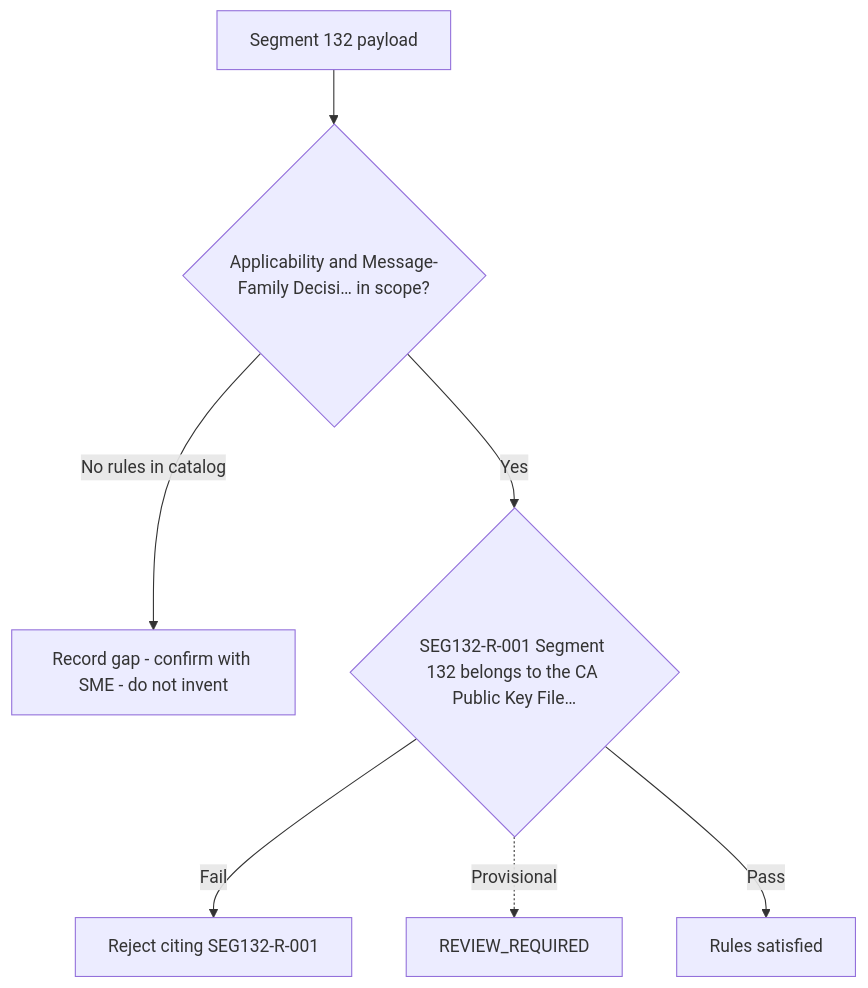
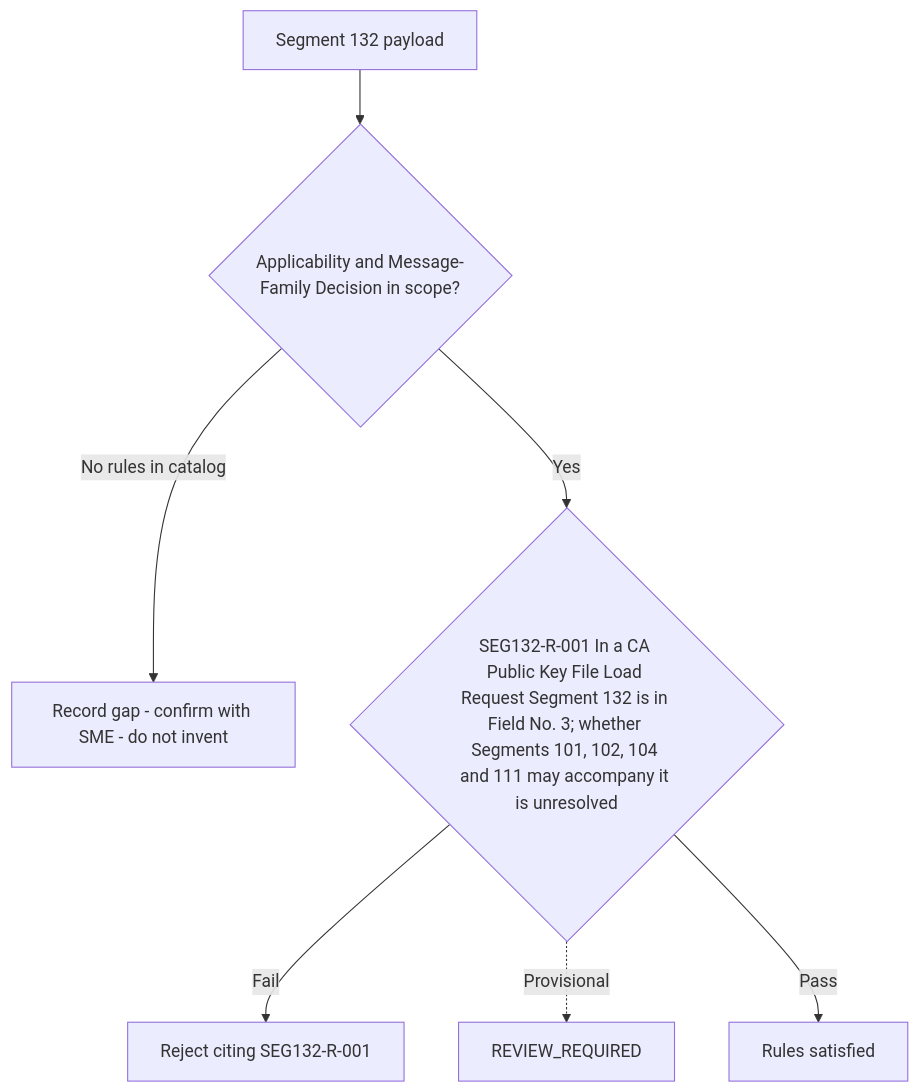
Before and after one commit to DhanSingh-hub/core-auth-ai-validation-framework: the diagram in regression-artifact-validator/specifications/ATL105/docs/specs/kb/segment-132/applicability-decision-flow.md, drawn with Mermaid. The commit also changed 150 other files, not shown here.

````diff
--- a/regression-artifact-validator/specifications/ATL105/docs/specs/kb/segment-132/applicability-decision-flow.md
+++ b/regression-artifact-validator/specifications/ATL105/docs/specs/kb/segment-132/applicability-decision-flow.md
@@ -3,9 +3,9 @@
 ```mermaid
 flowchart TD
-    A[Segment 132 payload] --> B{Applicability and Message-Family Decisi… in scope?}
+    A[Segment 132 payload] --> B{Applicability and Message-Family Decision in scope?}
     B -->|No rules in catalog| G[Record gap - confirm with SME - do not invent]
-    B -->|Yes| R1{SEG132-R-001 Segment 132 belongs to the CA Public Key File…}
+    B -->|Yes| R1{SEG132-R-001 In a CA Public Key File Load Request Segment 132 is in Field No. 3; whether Segments 101, 102, 104 and 111 may accompany it is unresolved}
     R1 -->|Fail| X1[Reject citing SEG132-R-001]
     R1 -.->|Provisional| P1[REVIEW_REQUIRED]
     R1 -->|Pass| Z[Rules satisfied]
 ```
````
